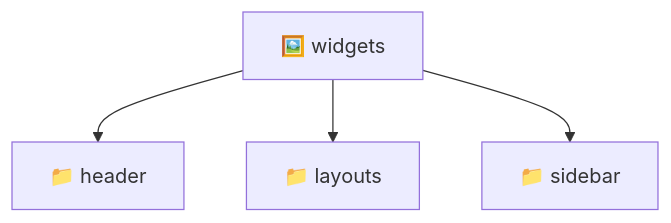
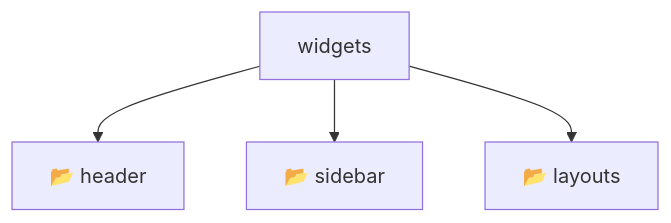
Before and after one commit to beginwebdev2002/fullstack-mavluda: the diagram in frontend/src/widgets/README.md, drawn with Mermaid. The commit also changed other lines of this file and 155 other files, not shown here.

````diff
--- a/frontend/src/widgets/README.md
+++ b/frontend/src/widgets/README.md
@@ -10,7 +14,7 @@
 ```mermaid
 graph TD
-  Root["🖼️ widgets"]
-  Root --> header["📁 header"]
-  Root --> layouts["📁 layouts"]
-  Root --> sidebar["📁 sidebar"]
+    Root[widgets]
+    Root --> F0[📂 header]
+    Root --> F1[📂 sidebar]
+    Root --> F2[📂 layouts]
 ```
````
